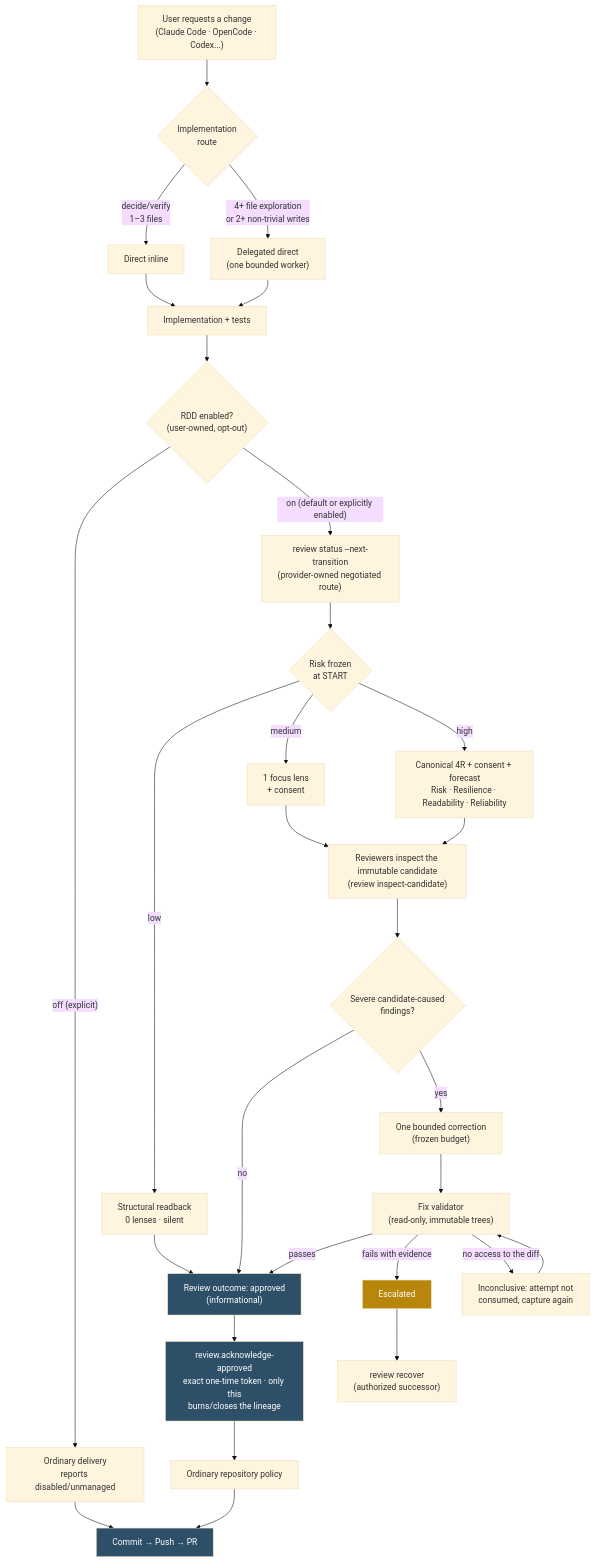
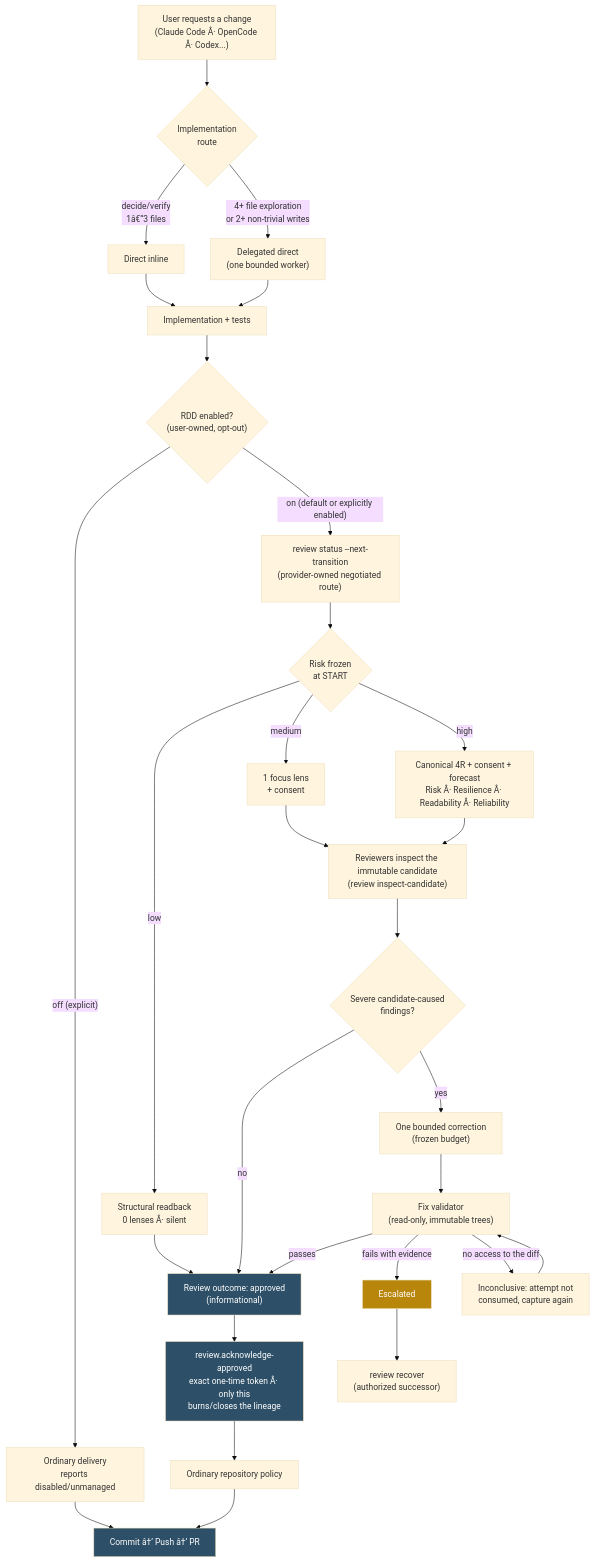
One commit to jonsanchezr/agent-smith changed the diagram in docs/architecture/organic-rdd.md. Above: the diagram before and after it, drawn with Mermaid (base theme). The commit also changed other lines of this file and 1247 other files, not shown here.

````diff
--- a/docs/architecture/organic-rdd.md
+++ b/docs/architecture/organic-rdd.md
@@ -84,36 +84,36 @@
 ```mermaid
 flowchart TD
-    A["User requests a change<br/>(Claude Code · OpenCode · Codex...)"] --> B{"Implementation<br/>route"}
-    B -->|"decide/verify<br/>1–3 files"| C["Direct inline"]
+    A["User requests a change<br/>(Claude Code Â· OpenCode Â· Codex...)"] --> B{"Implementation<br/>route"}
+    B -->|"decide/verify<br/>1â€“3 files"| C["Direct inline"]
     B -->|"4+ file exploration<br/>or 2+ non-trivial writes"| D["Delegated direct<br/>(one bounded worker)"]
     C --> E["Implementation + tests"]
     D --> E
     E --> F{"RDD enabled?<br/>(user-owned, opt-out)"}
     F -->|"off (explicit)"| Z["Ordinary delivery<br/>reports disabled/unmanaged"]
     F -->|"on (default or explicitly enabled)"| G["review status --next-transition<br/>(provider-owned negotiated route)"]
     G --> H{"Risk frozen<br/>at START"}
-    H -->|"low"| I["Structural readback<br/>0 lenses · silent"]
+    H -->|"low"| I["Structural readback<br/>0 lenses Â· silent"]
     H -->|"medium"| J["1 focus lens<br/>+ consent"]
-    H -->|"high"| K["Canonical 4R + consent + forecast<br/>Risk · Resilience · Readability · Reliability"]
+    H -->|"high"| K["Canonical 4R + consent + forecast<br/>Risk Â· Resilience Â· Readability Â· Reliability"]
     J --> L["Reviewers inspect the immutable candidate<br/>(review inspect-candidate)"]
     K --> L
     L --> M{"Severe candidate-caused<br/>findings?"}
     I --> N["Review outcome: approved<br/>(informational)"]
     M -->|"no"| N
     M -->|"yes"| O["One bounded correction<br/>(frozen budget)"]
     O --> P["Fix validator<br/>(read-only, immutable trees)"]
     P -->|"passes"| N
     P -->|"fails with evidence"| Q["Escalated"]
     P -->|"no access to the diff"| R["Inconclusive: attempt not<br/>consumed, capture again"]
     R --> P
     Q --> S["review recover<br/>(authorized successor)"]
-    N --> AK["review.acknowledge-approved<br/>exact one-time token · only this<br/>burns/closes the lineage"]
+    N --> AK["review.acknowledge-approved<br/>exact one-time token Â· only this<br/>burns/closes the lineage"]
     AK --> T["Ordinary repository policy"]
-    T --> U["Commit → Push → PR"]
+    T --> U["Commit â†’ Push â†’ PR"]
     Z --> U
 
     style N fill:#2D4F67,color:#fff
     style AK fill:#2D4F67,color:#fff
     style Q fill:#B8860B,color:#fff
     style U fill:#2D4F67,color:#fff
 ```
````
